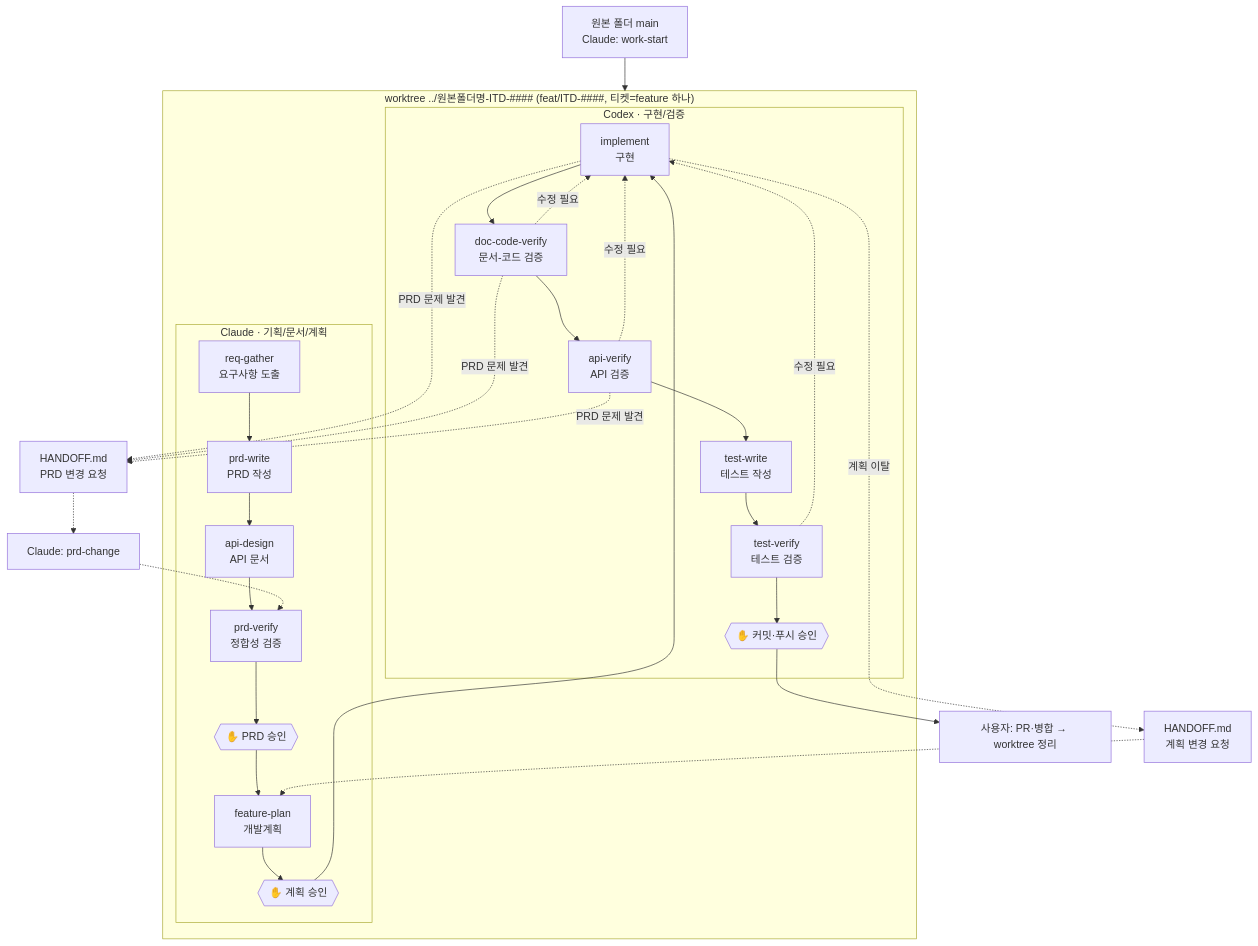
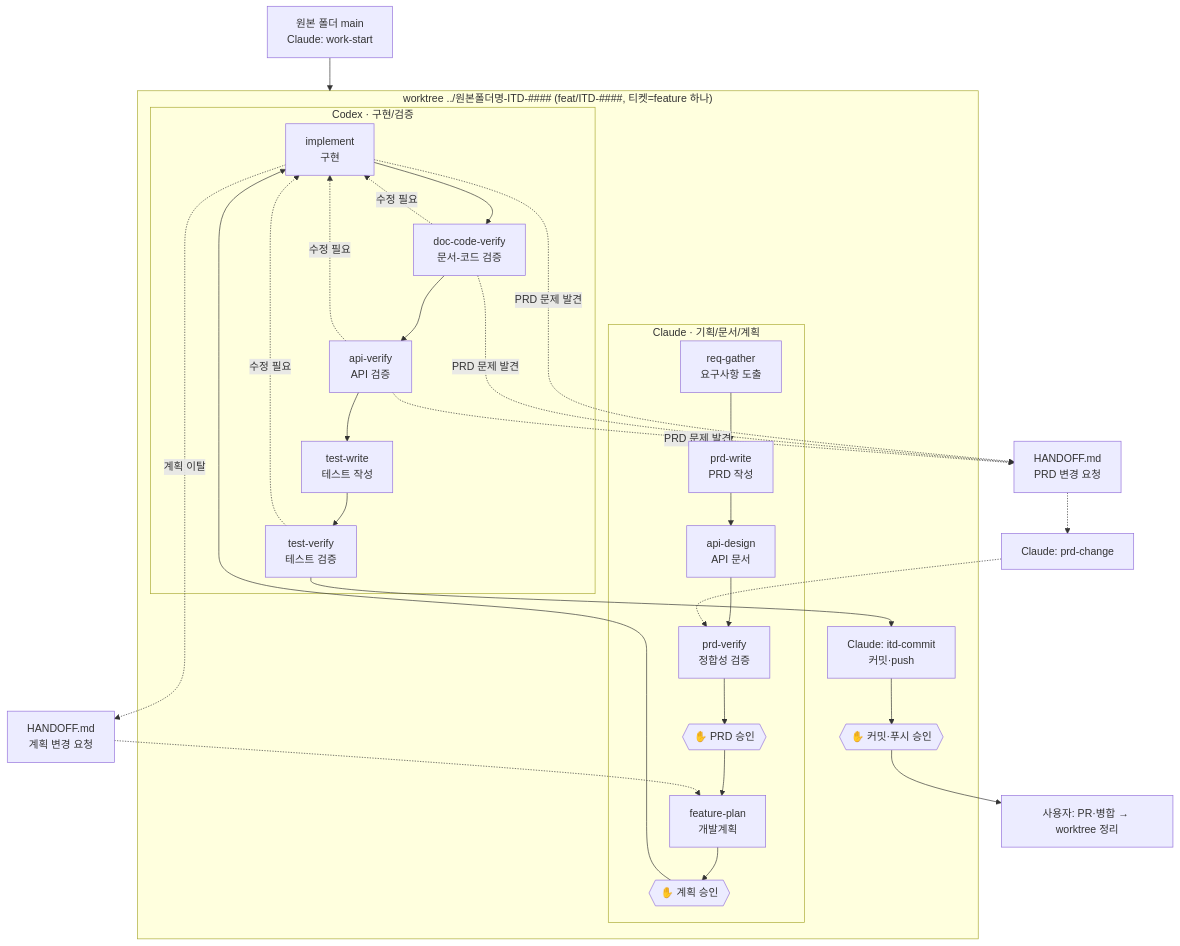
One commit to sju3358/init-harness changed the diagram in README.md. Above: the diagram before and after it, drawn with Mermaid. The commit also changed other lines of this file and 7 other files, not shown here.

````diff
--- a/README.md
+++ b/README.md
@@ -83,37 +83,38 @@
 ```mermaid
 flowchart TD
     W[원본 폴더 main<br/>Claude: work-start] --> WT
 
     subgraph WT["worktree ../원본폴더명-ITD-#### (feat/ITD-####, 티켓=feature 하나)"]
         subgraph C["Claude · 기획/문서/계획"]
             C1[req-gather<br/>요구사항 도출] --> C2[prd-write<br/>PRD 작성]
             C2 --> C3[api-design<br/>API 문서]
             C3 --> C4[prd-verify<br/>정합성 검증]
             C4 --> G1{{"✋ PRD 승인"}}
             G1 --> C5[feature-plan<br/>개발계획]
             C5 --> G2{{"✋ 계획 승인"}}
         end
 
         subgraph X["Codex · 구현/검증"]
             X1[implement<br/>구현] --> X2[doc-code-verify<br/>문서-코드 검증]
             X2 --> X3[api-verify<br/>API 검증]
             X3 --> X4[test-write<br/>테스트 작성]
             X4 --> X5[test-verify<br/>테스트 검증]
-            X5 --> G3{{"✋ 커밋·푸시 승인"}}
         end
 
         G2 --> X1
+        X5 --> C6[Claude: itd-commit<br/>커밋·push]
+        C6 --> G3{{"✋ 커밋·푸시 승인"}}
     end
 
     G3 --> M[사용자: PR·병합 → worktree 정리]
 
     X1 -. 계획 이탈 .-> P[HANDOFF.md<br/>계획 변경 요청] -.-> C5
     X1 -. PRD 문제 발견 .-> R[HANDOFF.md<br/>PRD 변경 요청]
     X2 -. PRD 문제 발견 .-> R
     X3 -. PRD 문제 발견 .-> R
     R -.-> CH[Claude: prd-change] -.-> C4
 
     X2 -. 수정 필요 .-> X1
     X3 -. 수정 필요 .-> X1
     X5 -. 수정 필요 .-> X1
 ```
````
